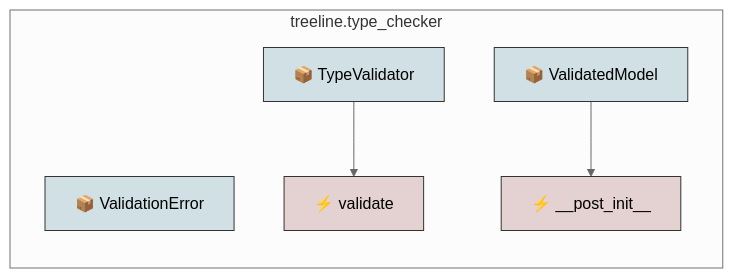
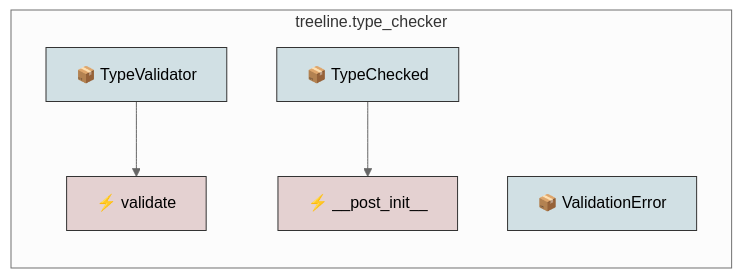
One commit to duriantaco/treeline changed diagram 14 of 14 in docs/tree.md. Above: the diagram before and after it, drawn with Mermaid (neutral theme). The commit also changed other lines of this file and 5 other files, not shown here.

````diff
--- a/docs/tree.md
+++ b/docs/tree.md
@@ -286,19 +394,19 @@
 ```mermaid
 graph TD
 
     %% Styling
     classDef fnNode fill:#e4d1d1,stroke:#333
     classDef clsNode fill:#d1e0e4,stroke:#333
 
     subgraph treeline_type_checker["treeline.type_checker"]
         direction TB
-        treeline_type_checker_ValidationError["📦 ValidationError"]:::clsNode
         treeline_type_checker_TypeValidator["📦 TypeValidator"]:::clsNode
         treeline_type_checker_TypeValidator_validate["⚡ validate"]:::fnNode
         treeline_type_checker_TypeValidator --> treeline_type_checker_TypeValidator_validate
-        treeline_type_checker_ValidatedModel["📦 ValidatedModel"]:::clsNode
-        treeline_type_checker_ValidatedModel___post_init__["⚡ __post_init__"]:::fnNode
-        treeline_type_checker_ValidatedModel --> treeline_type_checker_ValidatedModel___post_init__
+        treeline_type_checker_TypeChecked["📦 TypeChecked"]:::clsNode
+        treeline_type_checker_TypeChecked___post_init__["⚡ __post_init__"]:::fnNode
+        treeline_type_checker_TypeChecked --> treeline_type_checker_TypeChecked___post_init__
+        treeline_type_checker_ValidationError["📦 ValidationError"]:::clsNode
     end
 
 ```
````
